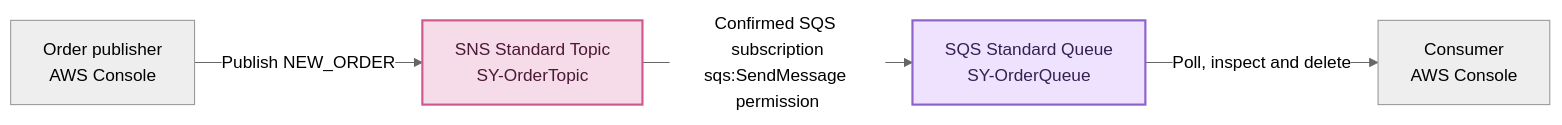
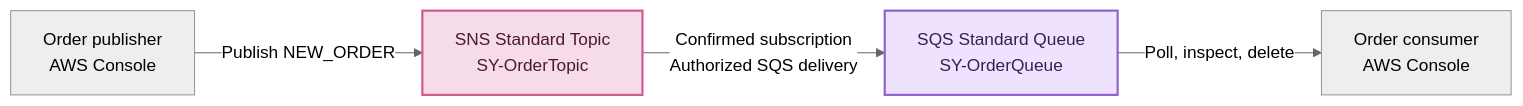
Before and after one commit to SerkanYildirim-GitHub/AWS-Training: the third of 3 diagrams in Labs/Lab10-Amazon-SQS-SNS/Amazon-SQS-SNS-Lab.md, drawn with Mermaid (neutral theme). The commit also changed other lines of this file, not shown here.

````diff
--- a/Labs/Lab10-Amazon-SQS-SNS/Amazon-SQS-SNS-Lab.md
+++ b/Labs/Lab10-Amazon-SQS-SNS/Amazon-SQS-SNS-Lab.md
@@ -150,8 +198,8 @@
 ```mermaid
 flowchart LR
     P["Order publisher<br/>AWS Console"] -->|"Publish NEW_ORDER"| T["SNS Standard Topic<br/>SY-OrderTopic"]
-    T -->|"Confirmed SQS subscription<br/>sqs:SendMessage permission"| Q["SQS Standard Queue<br/>SY-OrderQueue"]
-    Q -->|"Poll, inspect and delete"| C["Consumer<br/>AWS Console"]
+    T -->|"Confirmed subscription<br/>Authorized SQS delivery"| Q["SQS Standard Queue<br/>SY-OrderQueue"]
+    Q -->|"Poll, inspect, delete"| C["Order consumer<br/>AWS Console"]
     style T fill:#f6dce9,color:#4b1835,stroke:#cf598f,stroke-width:2px
     style Q fill:#eee2ff,color:#352050,stroke:#8f61cc,stroke-width:2px
 ```
````
